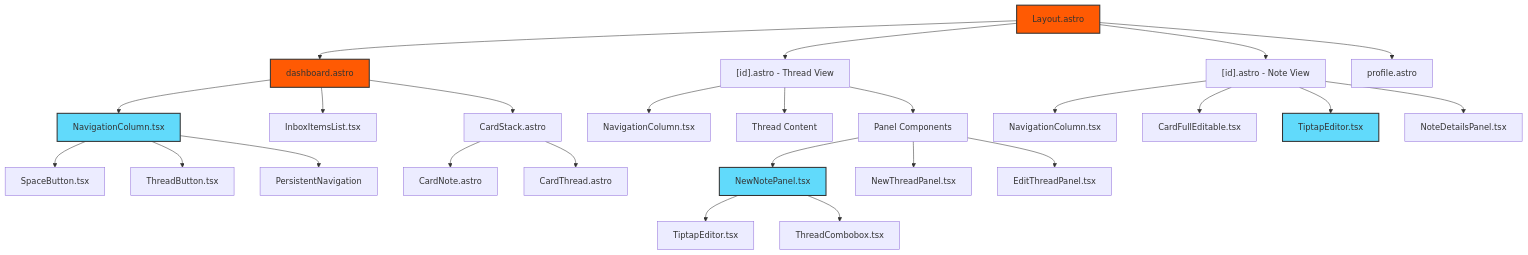
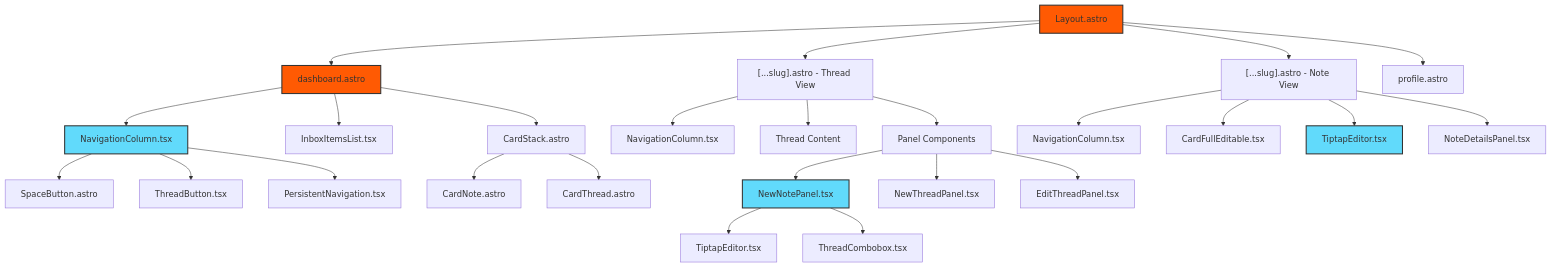
The first of 2 diagrams in docs/COMPONENTS.md (harvouscom/harvous), drawn with Mermaid before and after one commit. The commit also changed other lines of this file and 7 other files, not shown here.

````diff
--- a/docs/COMPONENTS.md
+++ b/docs/COMPONENTS.md
@@ -7,40 +7,40 @@
 ```mermaid
 graph TD
     Layout[Layout.astro] --> Dashboard[dashboard.astro]
-    Layout --> ThreadPage["[id].astro - Thread View"]
-    Layout --> NotePage["[id].astro - Note View"]
+    Layout --> ThreadPage["[...slug].astro - Thread View"]
+    Layout --> NotePage["[...slug].astro - Note View"]
     Layout --> Profile[profile.astro]
 
     Dashboard --> Nav[NavigationColumn.tsx]
     Dashboard --> InboxList[InboxItemsList.tsx]
     Dashboard --> CardStack[CardStack.astro]
 
     ThreadPage --> Nav2[NavigationColumn.tsx]
     ThreadPage --> ThreadView[Thread Content]
     ThreadPage --> Panels[Panel Components]
 
     NotePage --> Nav3[NavigationColumn.tsx]
     NotePage --> CardFull[CardFullEditable.tsx]
     NotePage --> Editor[TiptapEditor.tsx]
     NotePage --> DetailPanel[NoteDetailsPanel.tsx]
 
     Panels --> NewNote[NewNotePanel.tsx]
     Panels --> NewThread[NewThreadPanel.tsx]
     Panels --> EditThread[EditThreadPanel.tsx]
 
-    Nav --> SpaceButtons[SpaceButton.tsx]
+    Nav --> SpaceButtons[SpaceButton.astro]
     Nav --> ThreadButtons[ThreadButton.tsx]
-    Nav --> PersistentNav[PersistentNavigation]
+    Nav --> PersistentNav[PersistentNavigation.tsx]
 
     CardStack --> CardNote[CardNote.astro]
     CardStack --> CardThread[CardThread.astro]
 
     NewNote --> Editor2[TiptapEditor.tsx]
     NewNote --> ThreadCombo[ThreadCombobox.tsx]
 
     style Layout fill:#ff5a03,stroke:#333,stroke-width:2px
     style Dashboard fill:#ff5a03,stroke:#333,stroke-width:2px
     style Nav fill:#61dafb,stroke:#333,stroke-width:2px
     style Editor fill:#61dafb,stroke:#333,stroke-width:2px
     style NewNote fill:#61dafb,stroke:#333,stroke-width:2px
 ```
````
